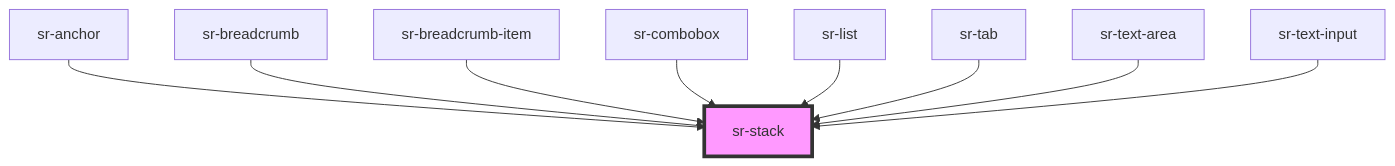
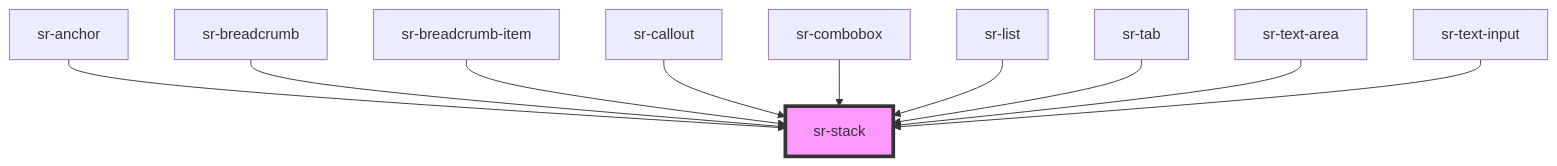
Before and after one commit to tonyblu331/spotify-replay-design-system: the diagram in src/components/layouts/sr-stack/readme.md, drawn with Mermaid. The commit also changed other lines of this file and 10 other files, not shown here.

````diff
--- a/src/components/layouts/sr-stack/readme.md
+++ b/src/components/layouts/sr-stack/readme.md
@@ -35,12 +36,13 @@
 ```mermaid
 graph TD;
   sr-anchor --> sr-stack
   sr-breadcrumb --> sr-stack
   sr-breadcrumb-item --> sr-stack
+  sr-callout --> sr-stack
   sr-combobox --> sr-stack
   sr-list --> sr-stack
   sr-tab --> sr-stack
   sr-text-area --> sr-stack
   sr-text-input --> sr-stack
   style sr-stack fill:#f9f,stroke:#333,stroke-width:4px
 ```
````
